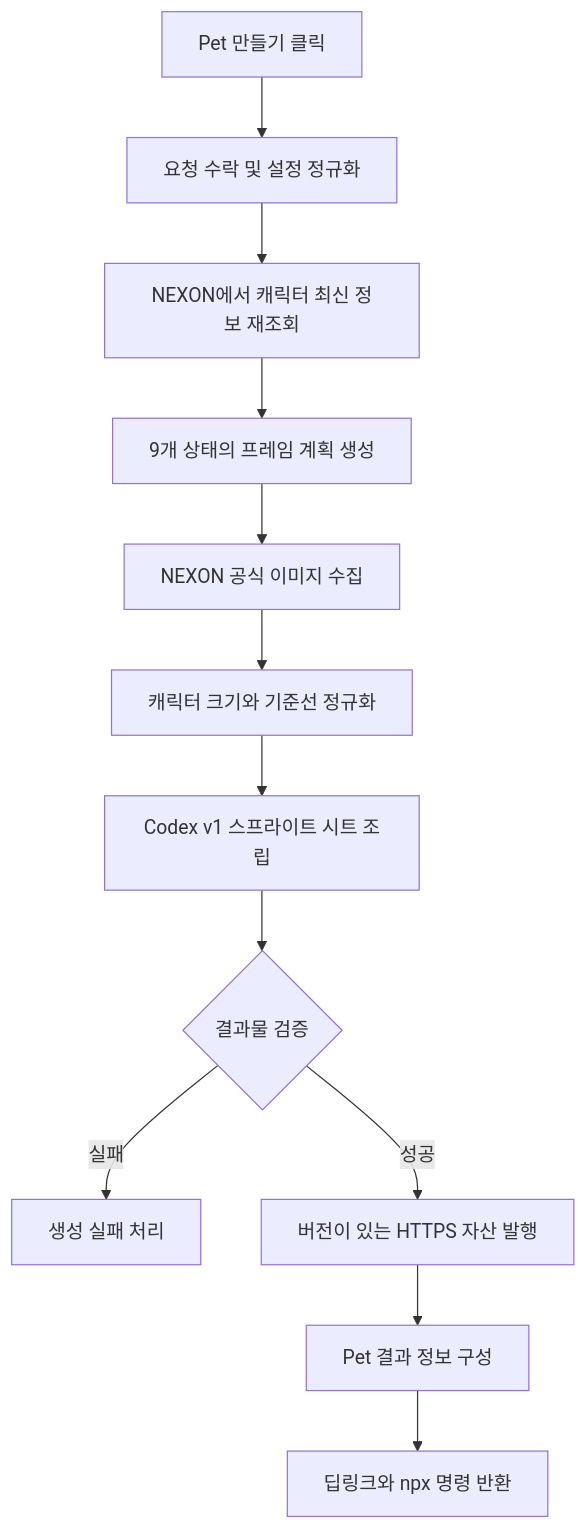
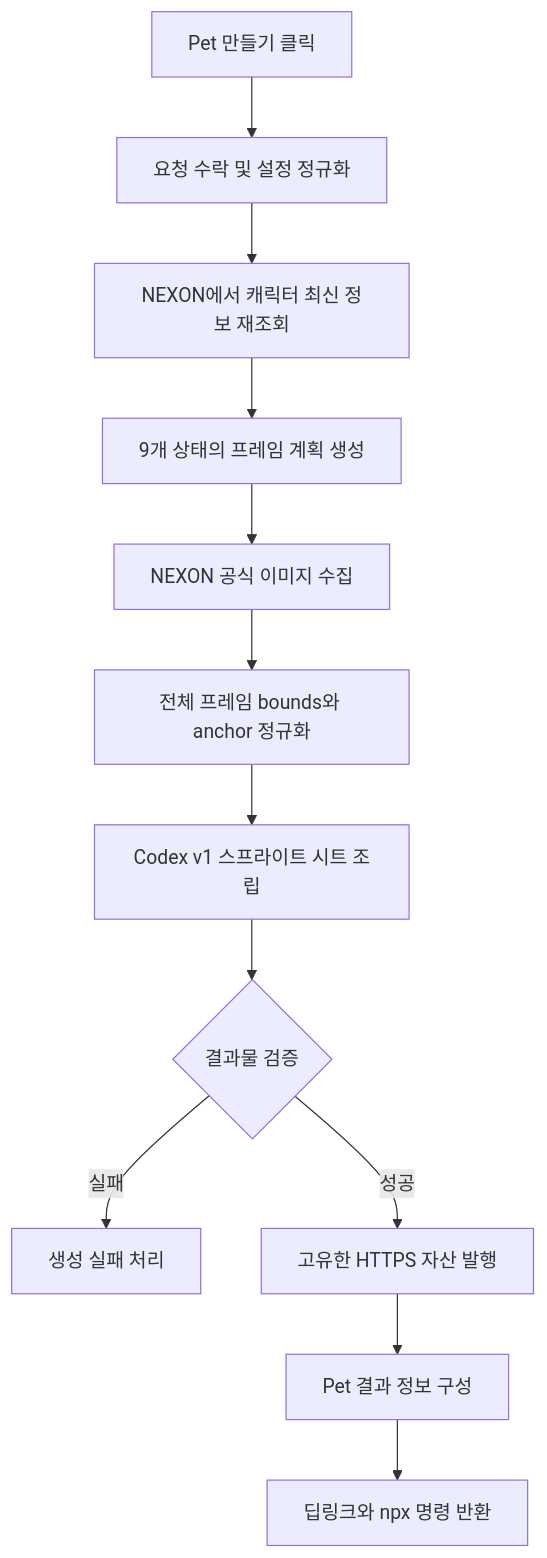
One commit to kangaroo19/maple-hatch-pet changed the diagram in docs/product-spec/pet-generation-flow.md. Above: the diagram before and after it, drawn with Mermaid. The commit also changed other lines of this file and 26 other files, not shown here.

````diff
--- a/docs/product-spec/pet-generation-flow.md
+++ b/docs/product-spec/pet-generation-flow.md
@@ -70,14 +70,14 @@
 ```mermaid
 flowchart TD
     A["Pet 만들기 클릭"] --> B["요청 수락 및 설정 정규화"]
     B --> C["NEXON에서 캐릭터 최신 정보 재조회"]
     C --> D["9개 상태의 프레임 계획 생성"]
     D --> E["NEXON 공식 이미지 수집"]
-    E --> F["캐릭터 크기와 기준선 정규화"]
+    E --> F["전체 프레임 bounds와 anchor 정규화"]
     F --> G["Codex v1 스프라이트 시트 조립"]
     G --> H{"결과물 검증"}
     H -->|"실패"| I["생성 실패 처리"]
-    H -->|"성공"| J["버전이 있는 HTTPS 자산 발행"]
+    H -->|"성공"| J["고유한 HTTPS 자산 발행"]
     J --> K["Pet 결과 정보 구성"]
     K --> L["딥링크와 npx 명령 반환"]
 ```
````
